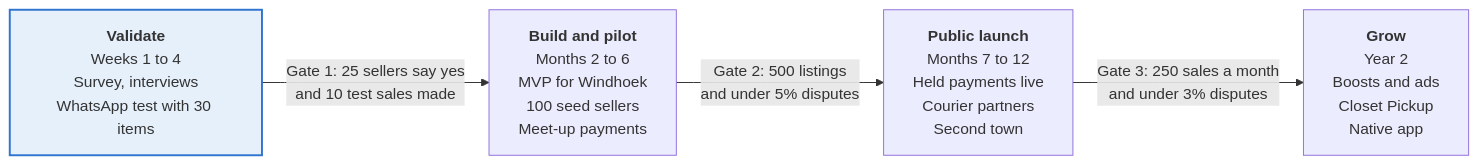
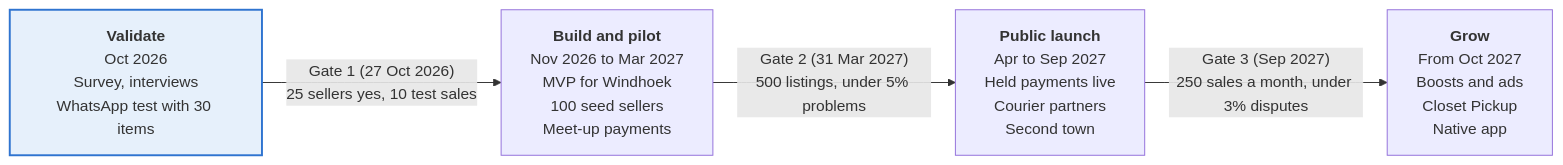
Before and after one commit to Sphellep04/Rehang: the sixth of 6 diagrams in README.md, drawn with Mermaid. The commit also changed other lines of this file and 24 other files, not shown here.

First line of the commit message:
Expand plan to v2 with full docs and fixed timeline

````diff
--- a/README.md
+++ b/README.md
@@ -522,11 +639,11 @@
 ```mermaid
 flowchart LR
-    P0["<b>Validate</b><br/>Weeks 1 to 4<br/>Survey, interviews<br/>WhatsApp test with 30 items"]
-    P1["<b>Build and pilot</b><br/>Months 2 to 6<br/>MVP for Windhoek<br/>100 seed sellers<br/>Meet-up payments"]
-    P2["<b>Public launch</b><br/>Months 7 to 12<br/>Held payments live<br/>Courier partners<br/>Second town"]
-    P3["<b>Grow</b><br/>Year 2<br/>Boosts and ads<br/>Closet Pickup<br/>Native app"]
-    P0 -- "Gate 1: 25 sellers say yes<br/>and 10 test sales made" --> P1
-    P1 -- "Gate 2: 500 listings<br/>and under 5% disputes" --> P2
-    P2 -- "Gate 3: 250 sales a month<br/>and under 3% disputes" --> P3
+    P0["<b>Validate</b><br/>Oct 2026<br/>Survey, interviews<br/>WhatsApp test with 30 items"]
+    P1["<b>Build and pilot</b><br/>Nov 2026 to Mar 2027<br/>MVP for Windhoek<br/>100 seed sellers<br/>Meet-up payments"]
+    P2["<b>Public launch</b><br/>Apr to Sep 2027<br/>Held payments live<br/>Courier partners<br/>Second town"]
+    P3["<b>Grow</b><br/>From Oct 2027<br/>Boosts and ads<br/>Closet Pickup<br/>Native app"]
+    P0 -- "Gate 1 (27 Oct 2026)<br/>25 sellers yes, 10 test sales" --> P1
+    P1 -- "Gate 2 (31 Mar 2027)<br/>500 listings, under 5% problems" --> P2
+    P2 -- "Gate 3 (Sep 2027)<br/>250 sales a month, under 3% disputes" --> P3
     style P0 fill:#e6f0fb,stroke:#2f74d0,stroke-width:2px
 ```
````
